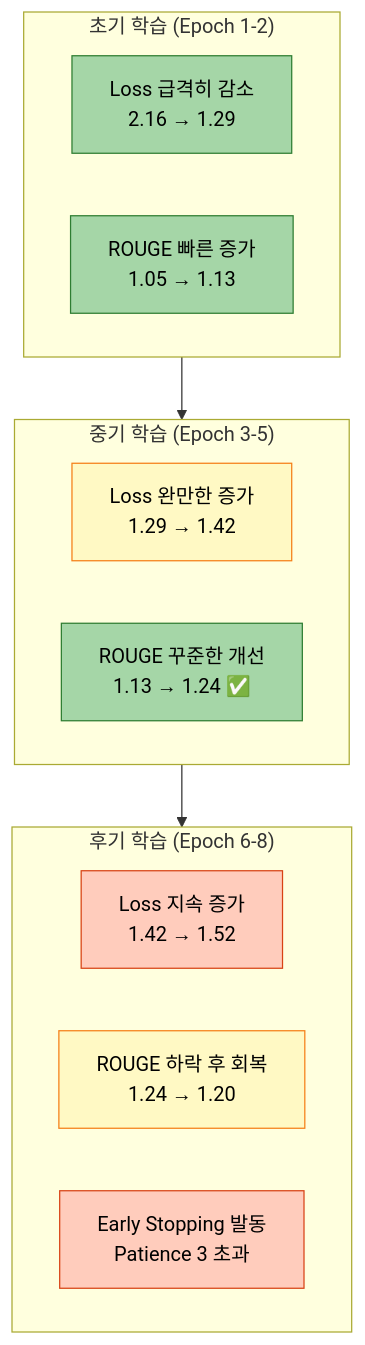
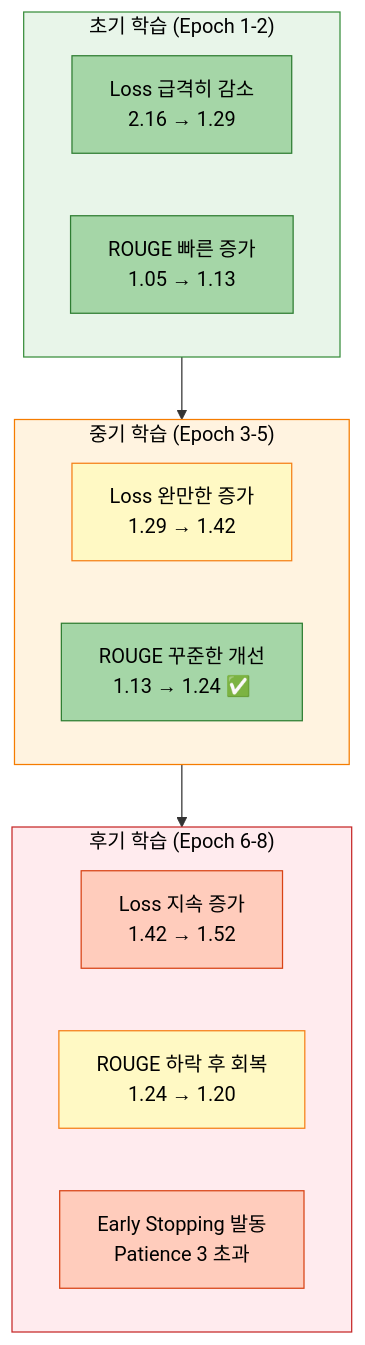
The ninth of 15 diagrams in docs/experiments/20251013_111525_strategy1_kobart_optimized_실험분석.md (AIBootcamp14/naturallanguageprocessingcompetition-nlp-1), drawn with Mermaid before and after one commit. The commit also changed other lines of this file, not shown here.

First line of the commit message:
fix: mermaid 다이어그램 스타일 완전 수정

````diff
--- a/docs/experiments/20251013_111525_strategy1_kobart_optimized_실험분석.md
+++ b/docs/experiments/20251013_111525_strategy1_kobart_optimized_실험분석.md
@@ -466,28 +491,32 @@
 ```mermaid
 graph TB
     subgraph Phase1["초기 학습 (Epoch 1-2)"]
         A1[Loss 급격히 감소<br/>2.16 → 1.29]
         A2[ROUGE 빠른 증가<br/>1.05 → 1.13]
     end
 
     subgraph Phase2["중기 학습 (Epoch 3-5)"]
         B1[Loss 완만한 증가<br/>1.29 → 1.42]
         B2[ROUGE 꾸준한 개선<br/>1.13 → 1.24 ✅]
     end
 
     subgraph Phase3["후기 학습 (Epoch 6-8)"]
         C1[Loss 지속 증가<br/>1.42 → 1.52]
         C2[ROUGE 하락 후 회복<br/>1.24 → 1.20]
         C3[Early Stopping 발동<br/>Patience 3 초과]
     end
 
     Phase1 --> Phase2 --> Phase3
 
+    style Phase1 fill:#e8f5e9,stroke:#388e3c,color:#000
+    style Phase2 fill:#fff3e0,stroke:#f57c00,color:#000
+    style Phase3 fill:#ffebee,stroke:#c62828,color:#000
+
     style A1 fill:#a5d6a7,stroke:#2e7d32,color:#000
     style A2 fill:#a5d6a7,stroke:#2e7d32,color:#000
     style B1 fill:#fff9c4,stroke:#f57f17,color:#000
     style B2 fill:#a5d6a7,stroke:#2e7d32,color:#000
     style C1 fill:#ffccbc,stroke:#d84315,color:#000
     style C2 fill:#fff9c4,stroke:#f57f17,color:#000
     style C3 fill:#ffccbc,stroke:#d84315,color:#000
 ```
````
